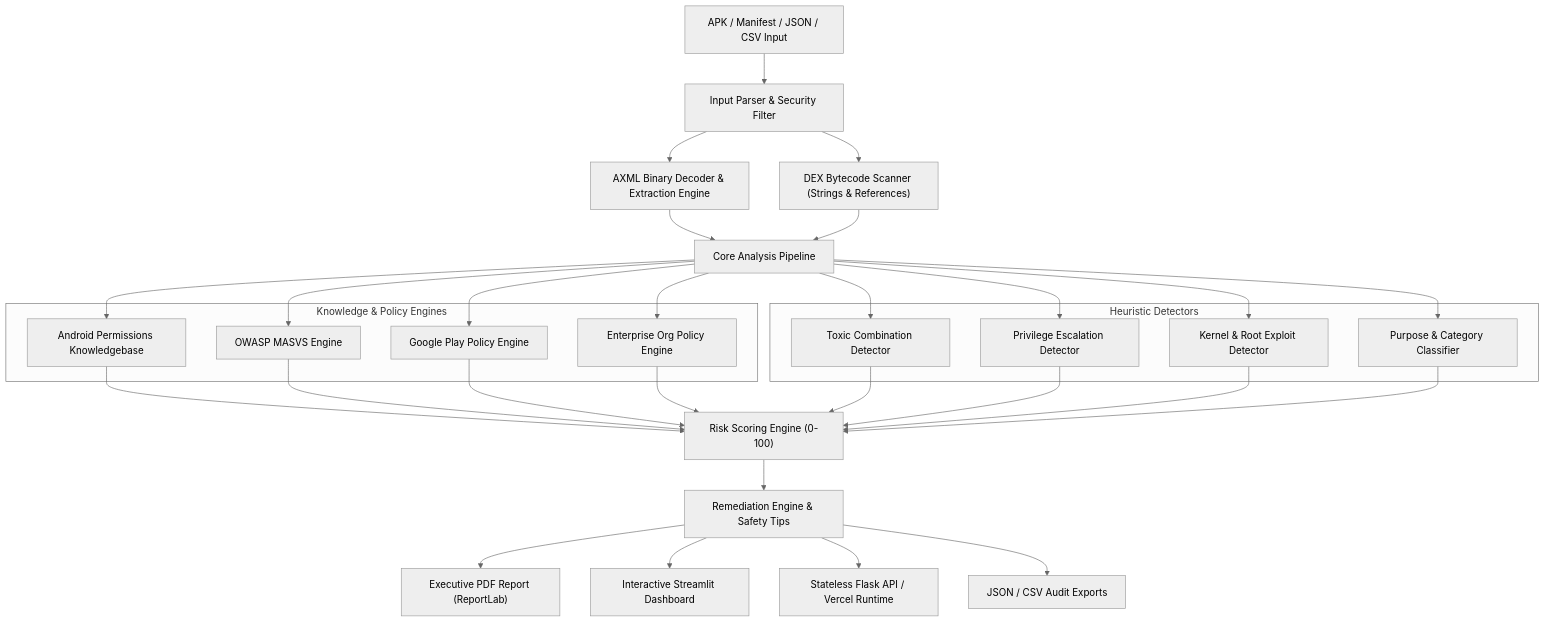
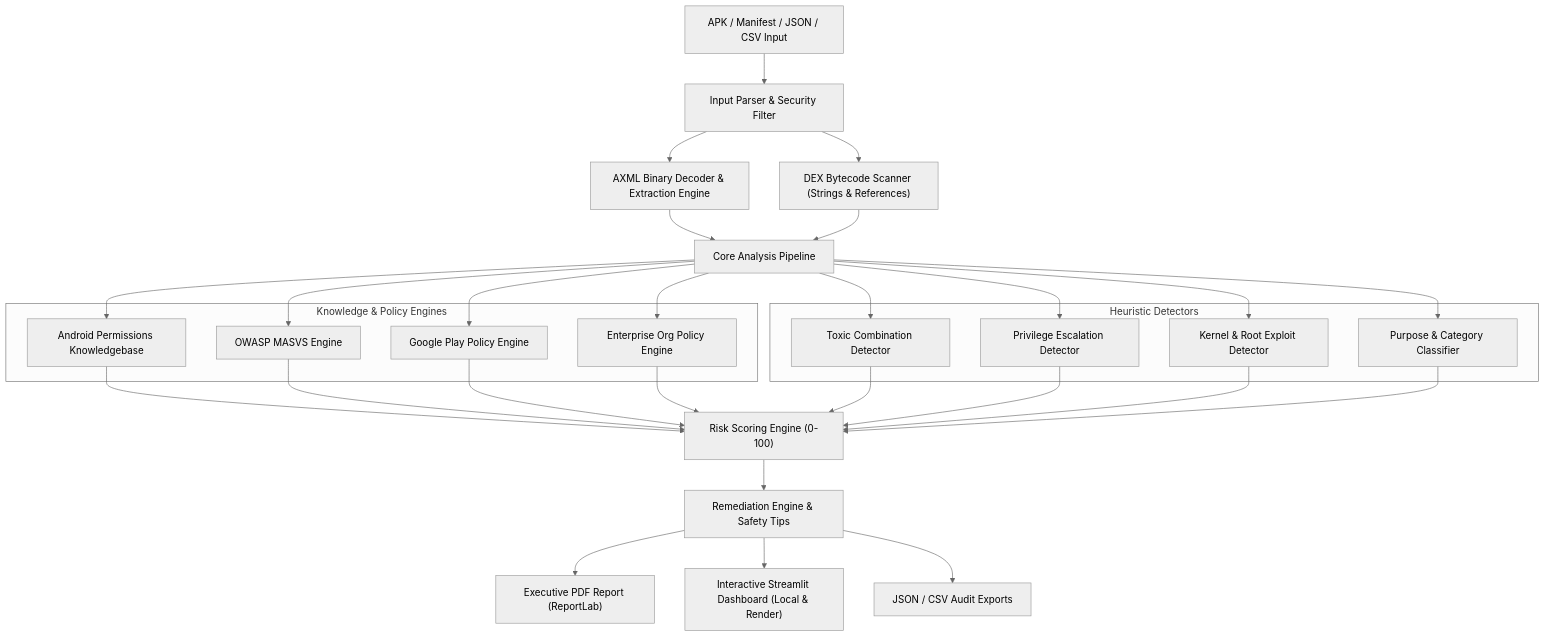
Before and after one commit to 999arya/PermGaurd: the diagram in README.md, drawn with Mermaid (neutral theme). The commit also changed other lines of this file and 19 other files, not shown here.

Commit message:
Streamline deployment for Render: remove Vercel artifacts and standardize on Streamlit

````diff
--- a/README.md
+++ b/README.md
@@ -46,34 +45,33 @@
 ```mermaid
 flowchart TD
     A["APK / Manifest / JSON / CSV Input"] --> B["Input Parser & Security Filter"]
     B --> C["AXML Binary Decoder & Extraction Engine"]
     B --> D["DEX Bytecode Scanner (Strings & References)"]
     
     C --> E["Core Analysis Pipeline"]
     D --> E
     
     subgraph Knowledge & Policy Engines
         F["Android Permissions Knowledgebase"]
         G["OWASP MASVS Engine"]
         H["Google Play Policy Engine"]
         I["Enterprise Org Policy Engine"]
     end
     
     subgraph Heuristic Detectors
         J["Toxic Combination Detector"]
         K["Privilege Escalation Detector"]
         L["Kernel & Root Exploit Detector"]
         M["Purpose & Category Classifier"]
     end
     
     E --> F & G & H & I
     E --> J & K & L & M
     
     F & G & H & I & J & K & L & M --> N["Risk Scoring Engine (0-100)"]
     N --> O["Remediation Engine & Safety Tips"]
     
     O --> P["Executive PDF Report (ReportLab)"]
-    O --> Q["Interactive Streamlit Dashboard"]
-    O --> R["Stateless Flask API / Vercel Runtime"]
+    O --> Q["Interactive Streamlit Dashboard (Local & Render)"]
     O --> S["JSON / CSV Audit Exports"]
 ```
````
